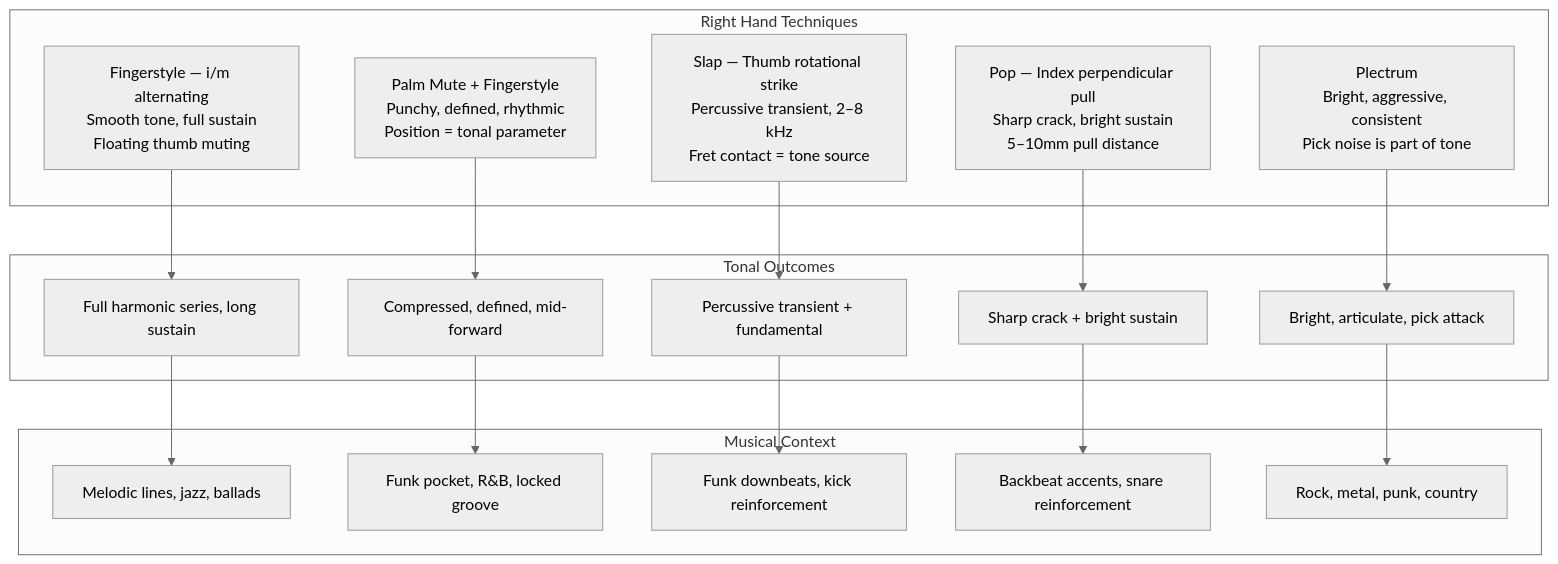
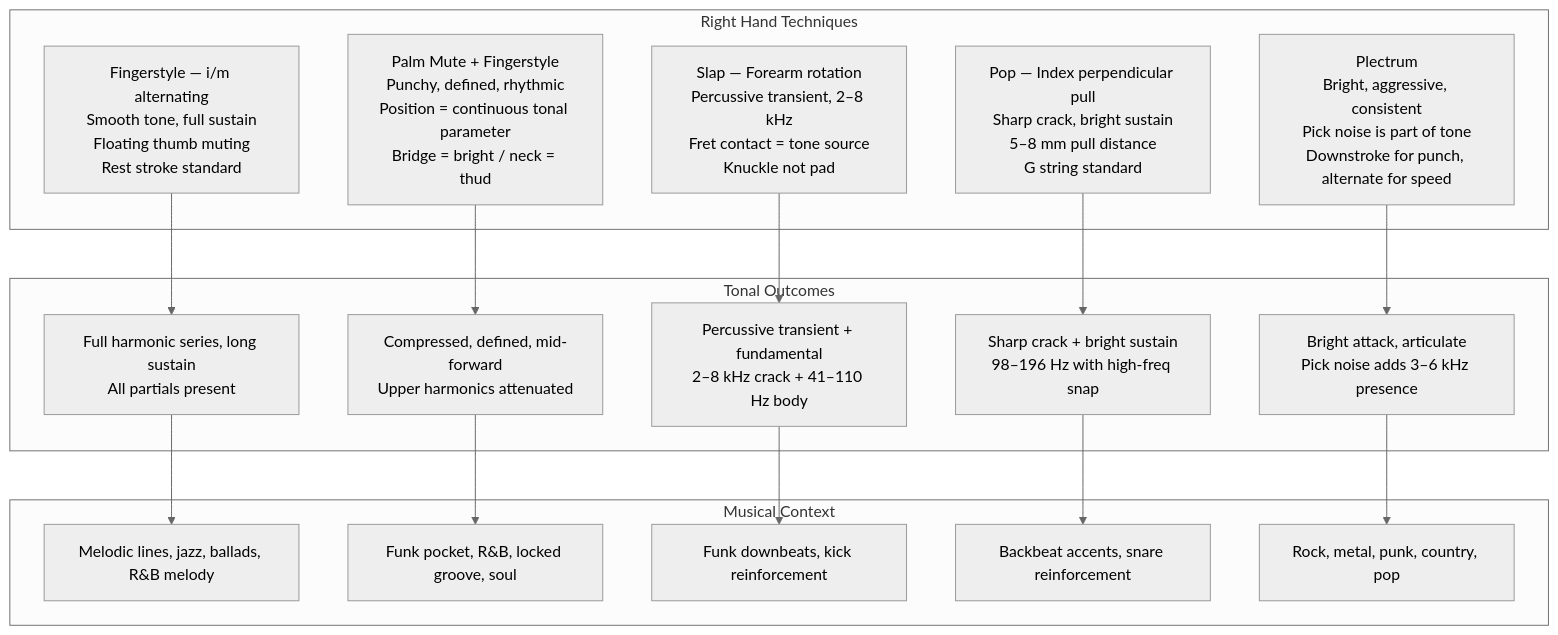
Before and after one commit to blebleblee/synapse: the fourth of 5 diagrams in topics/arts/music_performance/bass_guitar/labs.md, drawn with Mermaid (neutral theme). The commit also changed other lines of this file and 4 other files, not shown here.

````diff
--- a/topics/arts/music_performance/bass_guitar/labs.md
+++ b/topics/arts/music_performance/bass_guitar/labs.md
@@ -555,32 +765,32 @@
 ```mermaid
 graph TD
     subgraph sub_right_hand ["Right Hand Techniques"]
-        RT1["Fingerstyle — i/m alternating\nSmooth tone, full sustain\nFloating thumb muting"]
-        RT2["Palm Mute + Fingerstyle\nPunchy, defined, rhythmic\nPosition = tonal parameter"]
-        RT3["Slap — Thumb rotational strike\nPercussive transient, 2–8 kHz\nFret contact = tone source"]
-        RT4["Pop — Index perpendicular pull\nSharp crack, bright sustain\n5–10mm pull distance"]
-        RT5["Plectrum\nBright, aggressive, consistent\nPick noise is part of tone"]
+        RT1["Fingerstyle — i/m alternating\nSmooth tone, full sustain\nFloating thumb muting\nRest stroke standard"]
+        RT2["Palm Mute + Fingerstyle\nPunchy, defined, rhythmic\nPosition = continuous tonal parameter\nBridge = bright / neck = thud"]
+        RT3["Slap — Forearm rotation\nPercussive transient, 2–8 kHz\nFret contact = tone source\nKnuckle not pad"]
+        RT4["Pop — Index perpendicular pull\nSharp crack, bright sustain\n5–8 mm pull distance\nG string standard"]
+        RT5["Plectrum\nBright, aggressive, consistent\nPick noise is part of tone\nDownstroke for punch, alternate for speed"]
     end
 
     subgraph sub_tonal ["Tonal Outcomes"]
-        T1["Full harmonic series, long sustain"]
-        T2["Compressed, defined, mid-forward"]
-        T3["Percussive transient + fundamental"]
-        T4["Sharp crack + bright sustain"]
-        T5["Bright, articulate, pick attack"]
+        T1["Full harmonic series, long sustain\nAll partials present"]
+        T2["Compressed, defined, mid-forward\nUpper harmonics attenuated"]
+        T3["Percussive transient + fundamental\n2–8 kHz crack + 41–110 Hz body"]
+        T4["Sharp crack + bright sustain\n98–196 Hz with high-freq snap"]
+        T5["Bright attack, articulate\nPick noise adds 3–6 kHz presence"]
     end
 
     subgraph sub_context ["Musical Context"]
-        C1["Melodic lines, jazz, ballads"]
-        C2["Funk pocket, R&B, locked groove"]
+        C1["Melodic lines, jazz, ballads, R&B melody"]
+        C2["Funk pocket, R&B, locked groove, soul"]
         C3["Funk downbeats, kick reinforcement"]
         C4["Backbeat accents, snare reinforcement"]
-        C5["Rock, metal, punk, country"]
+        C5["Rock, metal, punk, country, pop"]
     end
 
     RT1 --> T1 --> C1
     RT2 --> T2 --> C2
     RT3 --> T3 --> C3
     RT4 --> T4 --> C4
     RT5 --> T5 --> C5
 ```
````
